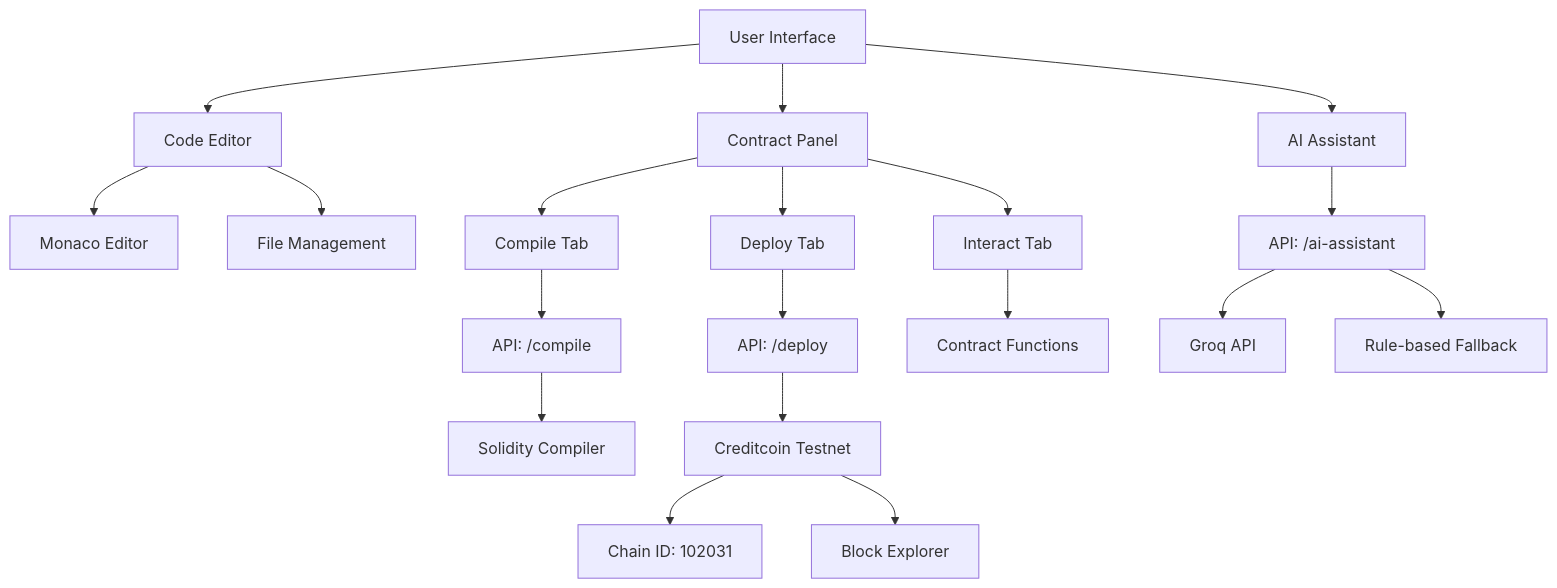
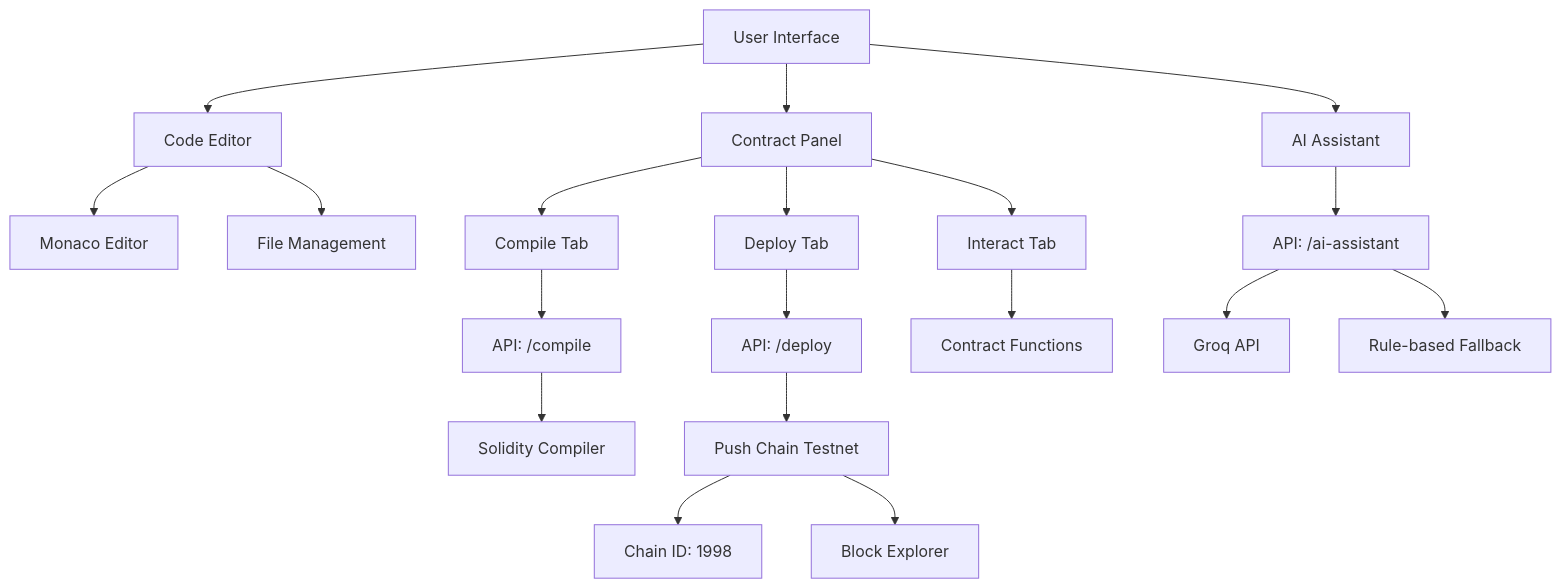
One commit to enliven17/push-playground changed the first of 2 diagrams in docs/architecture.md. Above: the diagram before and after it, drawn with Mermaid. The commit also changed other lines of this file and 15 other files, not shown here.

````diff
--- a/docs/architecture.md
+++ b/docs/architecture.md
@@ -5,27 +5,27 @@
 ```mermaid
 graph TB
     A[User Interface] --> B[Code Editor]
     A --> C[Contract Panel]
     A --> D[AI Assistant]
     
     B --> E[Monaco Editor]
     B --> F[File Management]
     
     C --> G[Compile Tab]
     C --> H[Deploy Tab]
     C --> I[Interact Tab]
     
     G --> J["API: /compile"]
     H --> K["API: /deploy"]
     I --> L[Contract Functions]
     
     D --> M["API: /ai-assistant"]
     M --> N[Groq API]
     M --> O[Rule-based Fallback]
     
     J --> P[Solidity Compiler]
-    K --> Q[Creditcoin Testnet]
+    K --> Q[Push Chain Testnet]
     
-    Q --> R["Chain ID: 102031"]
+    Q --> R["Chain ID: 1998"]
     Q --> S[Block Explorer]
 ```
````
